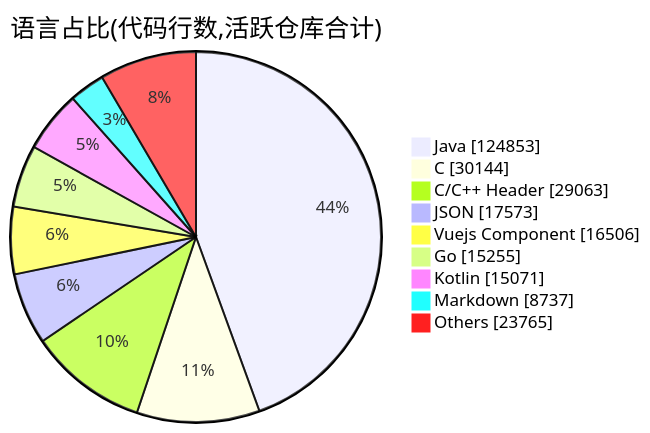
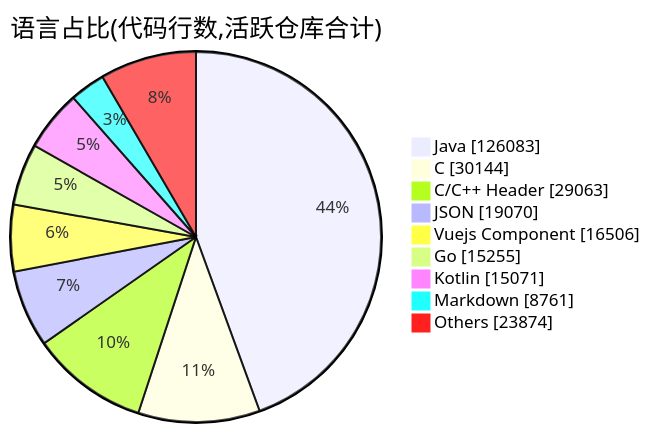
Before and after one commit to Conflux-Union/.github: the second of 2 diagrams in profile/README.md, drawn with Mermaid. The commit also changed other lines of this file and 1 other file, not shown here.

````diff
--- a/profile/README.md
+++ b/profile/README.md
@@ -80,13 +80,13 @@
 ```mermaid
 pie showData
     title 语言占比(代码行数,活跃仓库合计)
-    "Java" : 124853
+    "Java" : 126083
     "C" : 30144
     "C/C++ Header" : 29063
-    "JSON" : 17573
+    "JSON" : 19070
     "Vuejs Component" : 16506
     "Go" : 15255
     "Kotlin" : 15071
-    "Markdown" : 8737
-    "Others" : 23765
+    "Markdown" : 8761
+    "Others" : 23874
 ```
````
